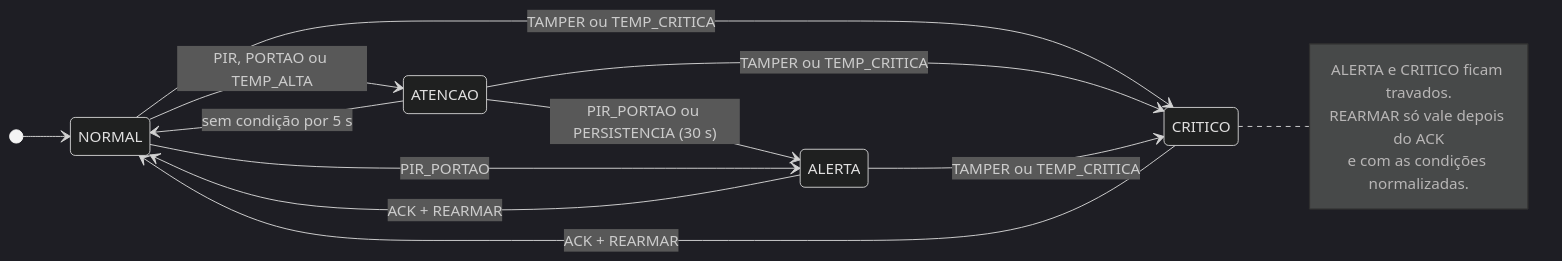
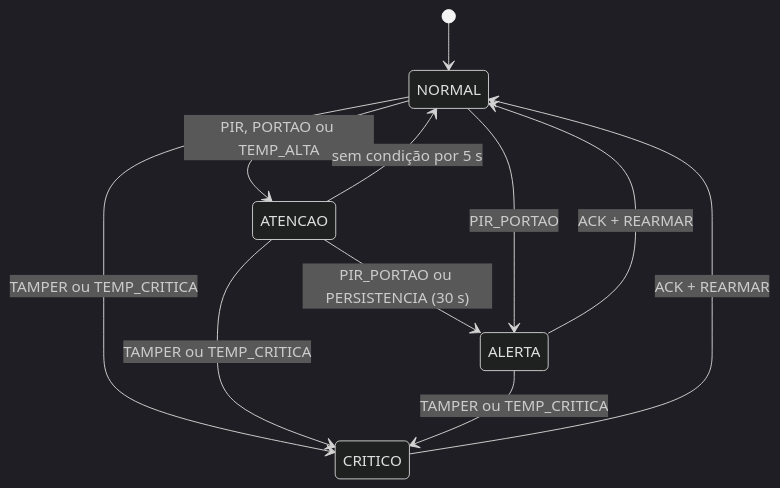
Before and after one commit to mykofonseca/cna-sentinela-edge: the diagram in docs/estados.mmd, drawn with Mermaid (dark theme). The commit also changed 6 other files, not shown here.

Commit message:
Adiciona relatório em DOCX e PDF e ajusta diagramas para leitura no documento

```diff
--- a/docs/estados.mmd
+++ b/docs/estados.mmd
@@ -1,17 +1,11 @@
 stateDiagram-v2
-  direction LR
   [*] --> NORMAL
   NORMAL --> ATENCAO: PIR, PORTAO ou TEMP_ALTA
   ATENCAO --> NORMAL: sem condição por 5 s
   ATENCAO --> ALERTA: PIR_PORTAO ou PERSISTENCIA (30 s)
   NORMAL --> ALERTA: PIR_PORTAO
   NORMAL --> CRITICO: TAMPER ou TEMP_CRITICA
   ATENCAO --> CRITICO: TAMPER ou TEMP_CRITICA
   ALERTA --> CRITICO: TAMPER ou TEMP_CRITICA
   ALERTA --> NORMAL: ACK + REARMAR
   CRITICO --> NORMAL: ACK + REARMAR
-  note right of CRITICO
-    ALERTA e CRITICO ficam travados.
-    REARMAR só vale depois do ACK
-    e com as condições normalizadas.
-  end note
```
